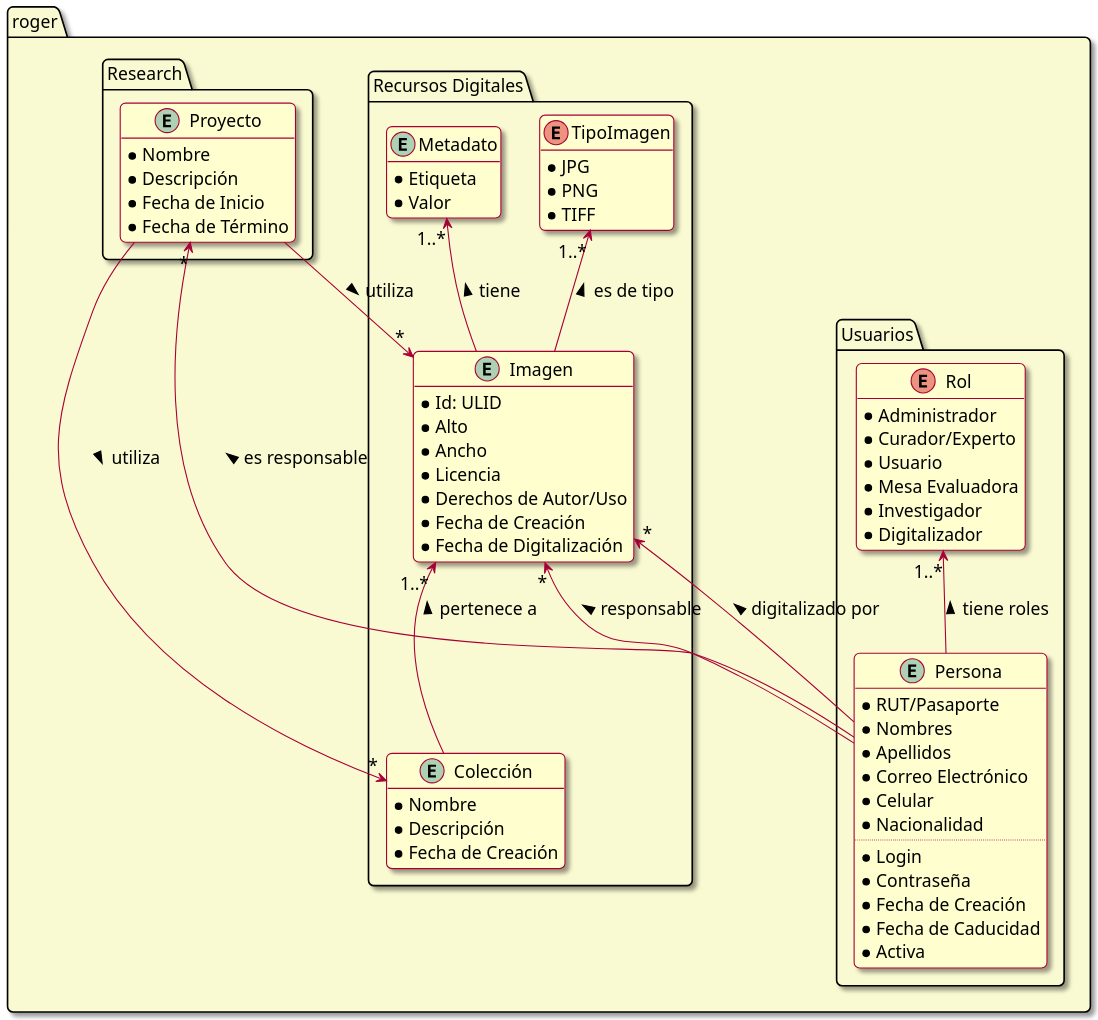
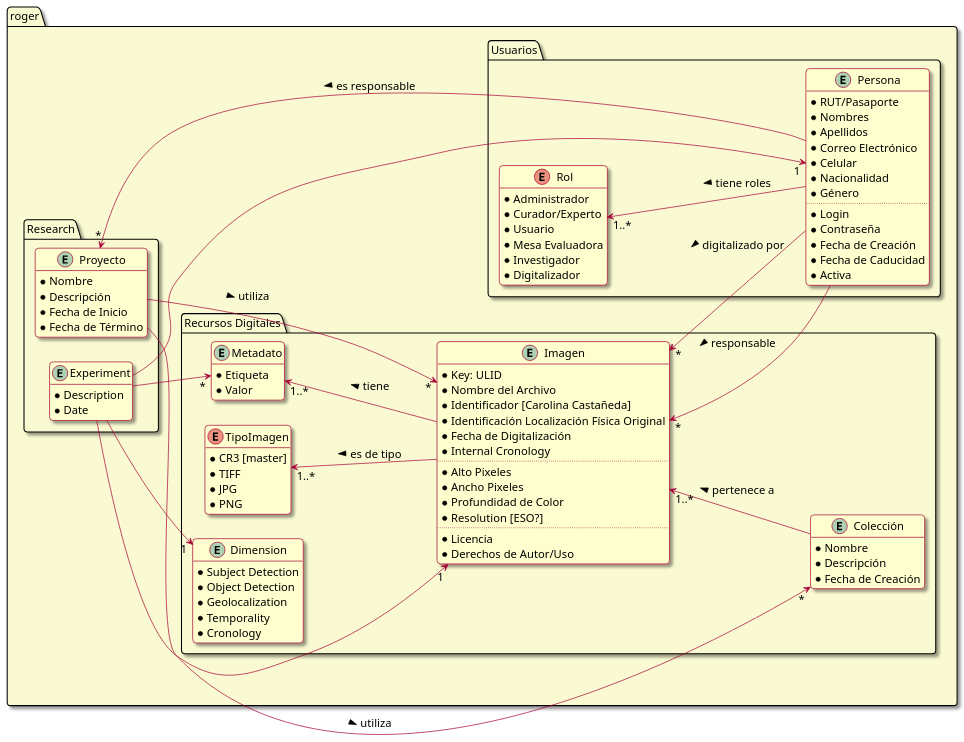
Before and after one commit to godiecl/roger: the diagram in docs/domain.puml, drawn with PlantUML.

Commit message:
docs: working progress of domain model after meeting with @mmatus

```diff
--- a/docs/domain.puml
+++ b/docs/domain.puml
@@ -1,100 +1,149 @@
 @startuml
 
 skin rose
 hide empty members
-' left to right direction
+left to right direction
 
 skinparam  {
     defaultFontSize             16
     shadowing                   true
     RoundCorner                 10
     packageBackgroundColor      LightGoldenRodYellow
     'backgroundColor             transparent
     'handwritten                 true
     'change to 150 to increase the quality of the image
-    dpi                         150
+    ' dpi                         120
 }
+
+' TODO: (durrutia) rename all to english
 
 package roger {
 
     package "Usuarios" {
 
         entity Persona {
             * RUT/Pasaporte
             * Nombres
             * Apellidos
             * Correo Electrónico
             * Celular
             * Nacionalidad
+            * Género
             ..
             * Login
             * Contraseña
             * Fecha de Creación
             * Fecha de Caducidad
             * Activa
         }
+
+        ' Etiqueta: lugar, valor: Santiago
+        ' Etiqueta: color, valor: RBG
+        ' Etiqueta: estado, valor: algo
+        ' Etiqueta: observacion, valor: ...
+        ' Etiqueta: numero_autor, valor:
+        ' Etiqueta: tituto_autor, valor: santiago
+
+
 
         enum Rol {
             * Administrador
             * Curador/Experto
             * Usuario
             * Mesa Evaluadora
             * Investigador
             * Digitalizador
         }
         Rol "1..*" <-- Persona : < tiene roles
 
     }
 
     package "Recursos Digitales" {
 
         entity "Colección" as Coleccion {
             * Nombre
             * Descripción
             * Fecha de Creación
         }
 
+        ' @see https://schema.org/ImageObject
         entity Imagen {
-            * Id: ULID
-            * Alto
-            * Ancho
+            * Key: ULID
+            * Nombre del Archivo
+            * Identificador [Carolina Castañeda]
+            * Identificación Localización Física Original
+            * Fecha de Digitalización
+            * Internal Cronology
+            ..
+            * Alto Pixeles
+            * Ancho Pixeles
+            * Profundidad de Color
+            * Resolution [ESO?]
+            ..
             * Licencia
             * Derechos de Autor/Uso
-            * Fecha de Creación
-            * Fecha de Digitalización
         }
         Imagen "*" <-- Persona : < responsable
         Imagen "*" <-- Persona : < digitalizado por
         Imagen "1..*" <-- "Coleccion": < pertenece a
 
         enum TipoImagen {
+            * CR3 [master]
+            * TIFF
             * JPG
             * PNG
-            * TIFF
         }
         TipoImagen "1..*" <-- Imagen : < es de tipo
 
         entity Metadato {
             * Etiqueta
             * Valor
         }
         Metadato "1..*" <-- Imagen : < tiene
+
+        entity Dimension {
+            * Subject Detection
+            * Object Detection
+            * Geolocalization
+            * Temporality
+            * Cronology
+        }
+        ' Dimension "0..*" <-- Imagen : < had
+        ' TODO: add date, model, person, etc.
+
+        ' https://iiif.io/
+
+        ' Dimensions:
+        ' 1. Subject detection.
+        ' 2. Object detection.
+        ' 3. Geolocalization: Berlin.
+        ' 4. Temporality: August 13th 1962 14:15 hrs.
+        ' 5. Internal cronology: Where is located the image in a serie?
     }
 
     package "Research" {
 
         entity Proyecto {
             * Nombre
             * Descripción
             * Fecha de Inicio
             * Fecha de Término
         }
         Proyecto "*" <-- Persona : < es responsable
         Proyecto --> "*" Coleccion: > utiliza
         Proyecto --> "*" Imagen: > utiliza
 
+        entity Experiment {
+            * Description
+            * Date
+        }
+        Experiment --> "1" Imagen
+        Experiment --> "1" Dimension
+        Experiment --> "1" Persona
+        Experiment --> "*" Metadato
+
     }
 
 }
 
 @enduml
```
